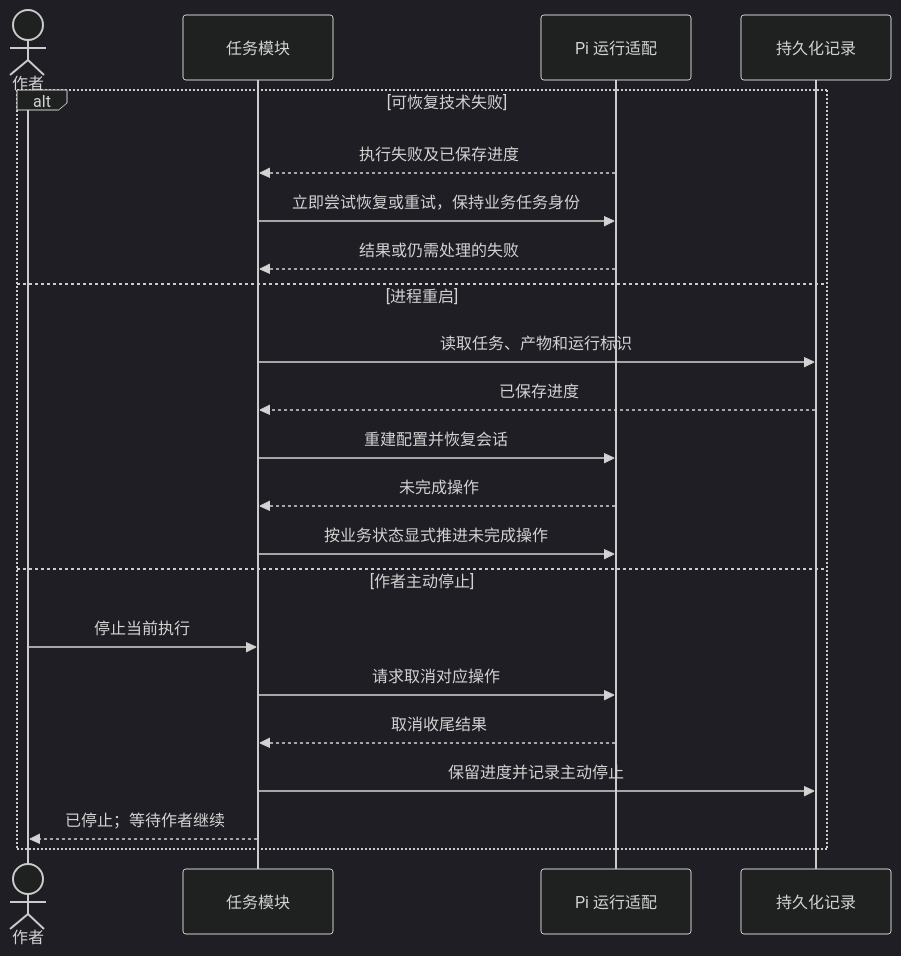
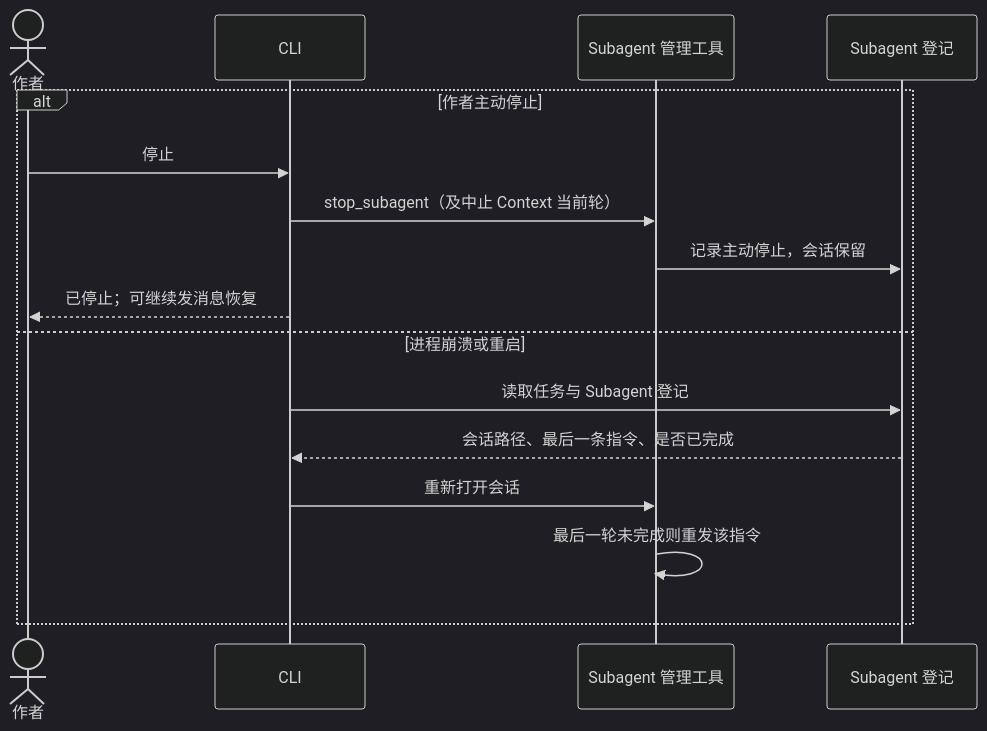
Before and after one commit to wdnmdtonyma/Noya: the sixth of 6 diagrams in docs/design/mvp-flow-and-architecture.md, drawn with Mermaid (dark theme). The commit also changed other lines of this file and 5 other files, not shown here.

First line of the commit message:
docs: adopt Pi coding-agent with Skills and subagents for MVP architecture

````diff
--- a/docs/design/mvp-flow-and-architecture.md
+++ b/docs/design/mvp-flow-and-architecture.md
@@ -194,25 +224,19 @@
 ```mermaid
 sequenceDiagram
     actor Author as 作者
-    participant Tasks as 任务模块
-    participant Runtime as Pi 运行适配
-    participant Store as 持久化记录
+    participant CLI as CLI
+    participant Subs as Subagent 管理工具
+    participant Registry as Subagent 登记
 
-    alt 可恢复技术失败
-        Runtime-->>Tasks: 执行失败及已保存进度
-        Tasks->>Runtime: 立即尝试恢复或重试，保持业务任务身份
-        Runtime-->>Tasks: 结果或仍需处理的失败
-    else 进程重启
-        Tasks->>Store: 读取任务、产物和运行标识
-        Store-->>Tasks: 已保存进度
-        Tasks->>Runtime: 重建配置并恢复会话
-        Runtime-->>Tasks: 未完成操作
-        Tasks->>Runtime: 按业务状态显式推进未完成操作
-    else 作者主动停止
-        Author->>Tasks: 停止当前执行
-        Tasks->>Runtime: 请求取消对应操作
-        Runtime-->>Tasks: 取消收尾结果
-        Tasks->>Store: 保留进度并记录主动停止
-        Tasks-->>Author: 已停止；等待作者继续
+    alt 作者主动停止
+        Author->>CLI: 停止
+        CLI->>Subs: stop_subagent（及中止 Context 当前轮）
+        Subs->>Registry: 记录主动停止，会话保留
+        CLI-->>Author: 已停止；可继续发消息恢复
+    else 进程崩溃或重启
+        CLI->>Registry: 读取任务与 Subagent 登记
+        Registry-->>CLI: 会话路径、最后一条指令、是否已完成
+        CLI->>Subs: 重新打开会话
+        Subs->>Subs: 最后一轮未完成则重发该指令
     end
 ```
````
